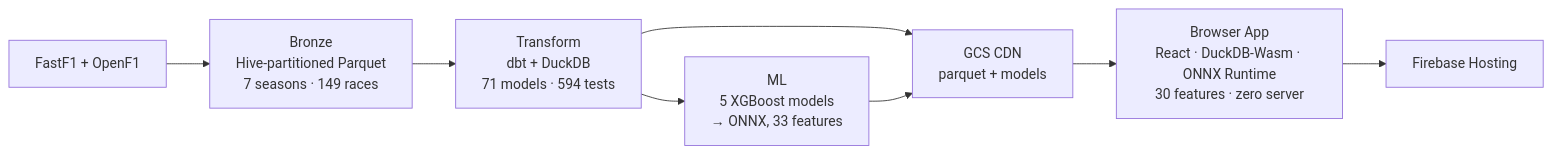
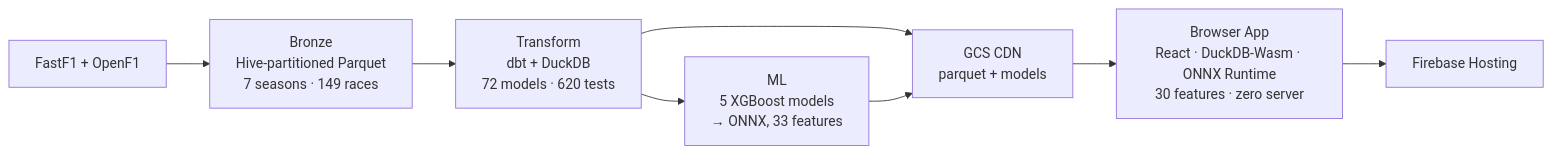
One commit to JustinClarke/off-the-pace changed the diagram in README.md. Above: the diagram before and after it, drawn with Mermaid. The commit also changed other lines of this file and 91 other files, not shown here.

````diff
--- a/README.md
+++ b/README.md
@@ -61,10 +61,10 @@
 ```mermaid
 flowchart LR
     A["FastF1 + OpenF1"] --> B["Bronze<br/>Hive-partitioned Parquet<br/>7 seasons · 149 races"]
-    B --> C["Transform<br/>dbt + DuckDB<br/>71 models · 594 tests"]
+    B --> C["Transform<br/>dbt + DuckDB<br/>72 models · 620 tests"]
     C --> D["ML<br/>5 XGBoost models<br/>→ ONNX, 33 features"]
     C --> E["GCS CDN<br/>parquet + models"]
     D --> E
     E --> F["Browser App<br/>React · DuckDB-Wasm · ONNX Runtime<br/>30 features · zero server"]
     F --> G["Firebase Hosting"]
 ```
````
